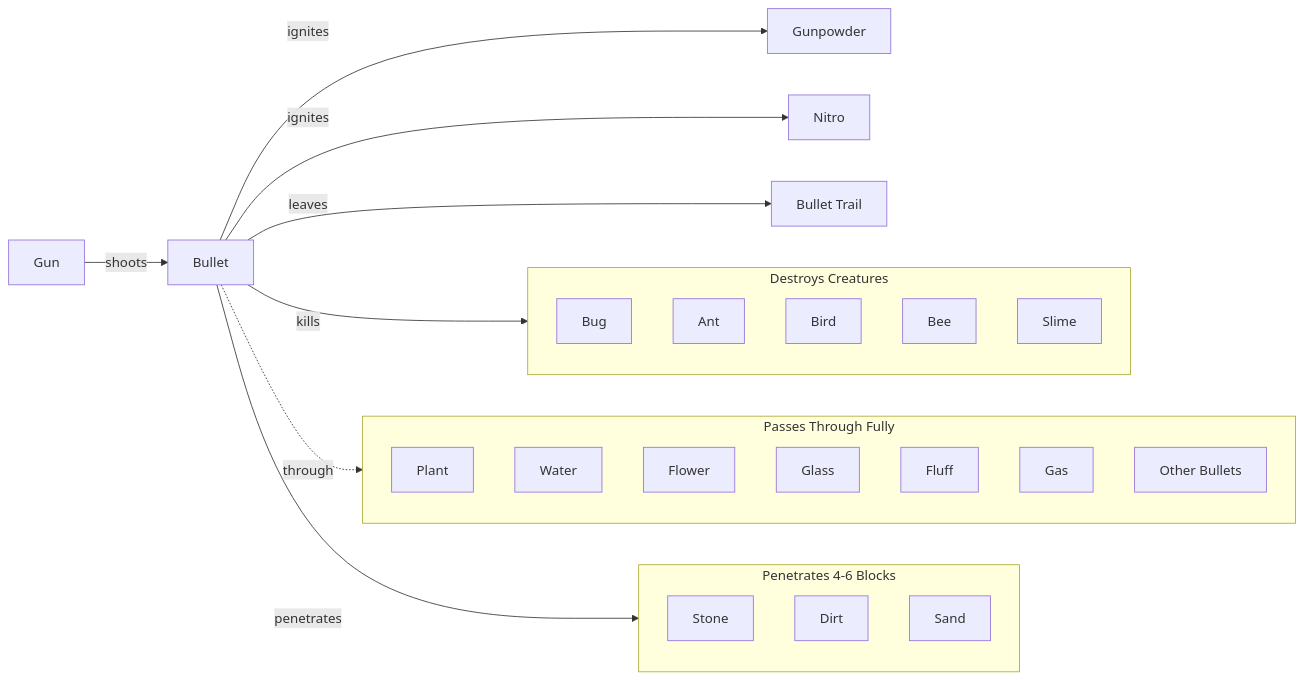
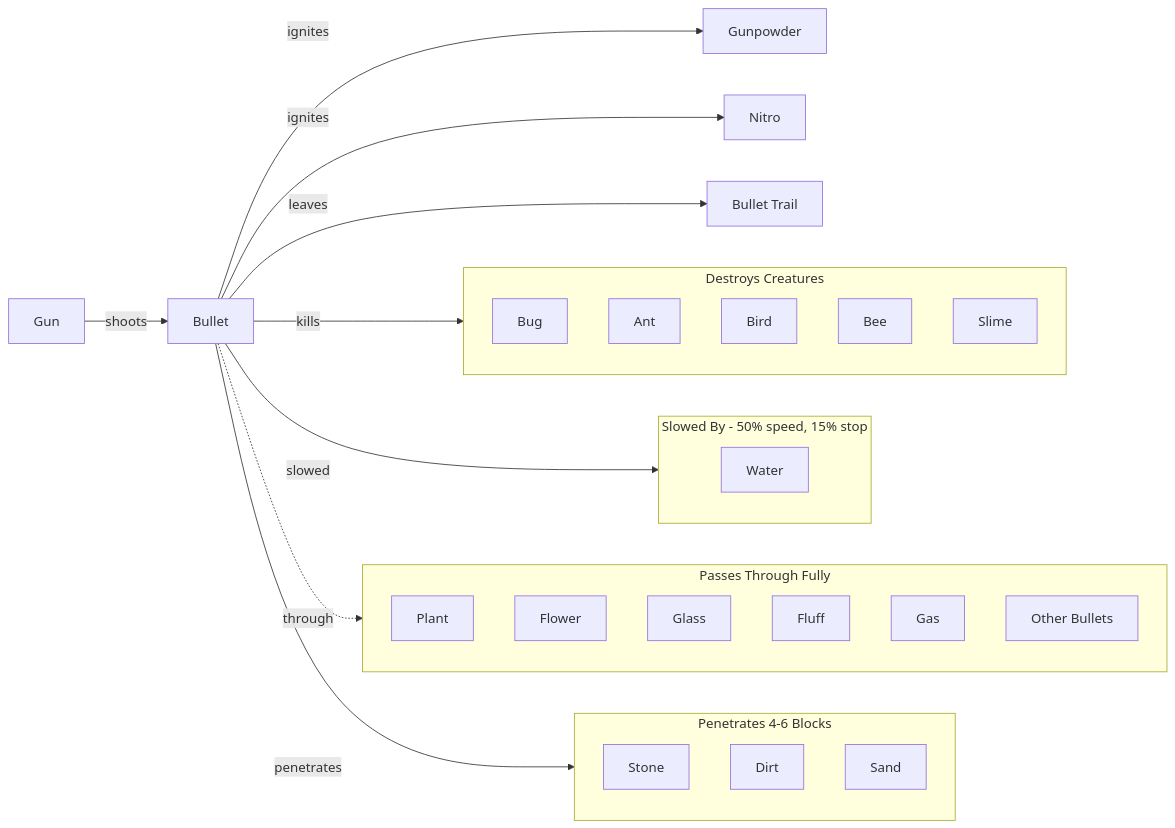
Before and after one commit to VoX/ai-sand-fork: the fifth of 5 diagrams in README.md, drawn with Mermaid. The commit also changed other lines of this file and 4 other files, not shown here.

Commit message:
Plasma ignites flammables, update README with accurate mermaid diagrams and testing info

````diff
--- a/README.md
+++ b/README.md
@@ -200,35 +204,39 @@
 ```mermaid
 flowchart LR
     Gun[Gun] -->|shoots| Bullet[Bullet]
     Bullet -->|ignites| Gunpowder[Gunpowder]
     Bullet -->|ignites| Nitro[Nitro]
 
     subgraph Destroys[Destroys Creatures]
         Bug[Bug]
         Ant[Ant]
         Bird[Bird]
         Bee[Bee]
         Slime[Slime]
     end
 
+    subgraph SlowedBy[Slowed By - 50% speed, 15% stop]
+        Water[Water]
+    end
+
     subgraph PassThrough[Passes Through Fully]
         Plant[Plant]
-        Water[Water]
         Flower[Flower]
         Glass[Glass]
         Fluff[Fluff]
         Gas[Gas]
         OtherBullets[Other Bullets]
     end
 
     subgraph Penetrates[Penetrates 4-6 Blocks]
         Stone[Stone]
         Dirt[Dirt]
         Sand[Sand]
     end
 
     Bullet -->|kills| Destroys
+    Bullet -->|slowed| SlowedBy
     Bullet -.->|through| PassThrough
     Bullet -->|penetrates| Penetrates
     Bullet -->|leaves| Trail[Bullet Trail]
 ```
````
